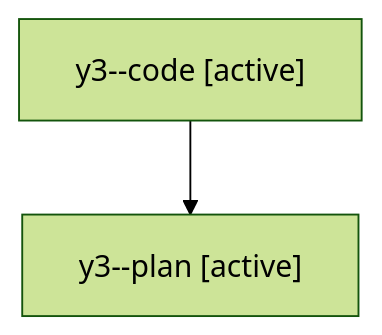
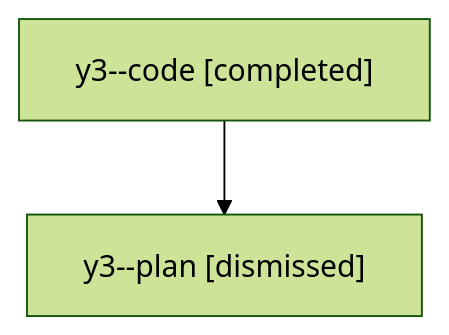
One commit to sase-org/sase--agents changed the diagram in families/bbugyi200.athena.y3.md. Above: the diagram before and after it, drawn with Mermaid (forest theme). The commit also changed other lines of this file and 1973 other files, not shown here.

````diff
--- a/families/bbugyi200.athena.y3.md
+++ b/families/bbugyi200.athena.y3.md
@@ -9,6 +9,6 @@
 ```mermaid
 flowchart TD
-  n0["y3--code [active]"]
-  n1["y3--plan [active]"]
+  n0["y3--code [completed]"]
+  n1["y3--plan [dismissed]"]
   n0 --> n1
 ```
````
